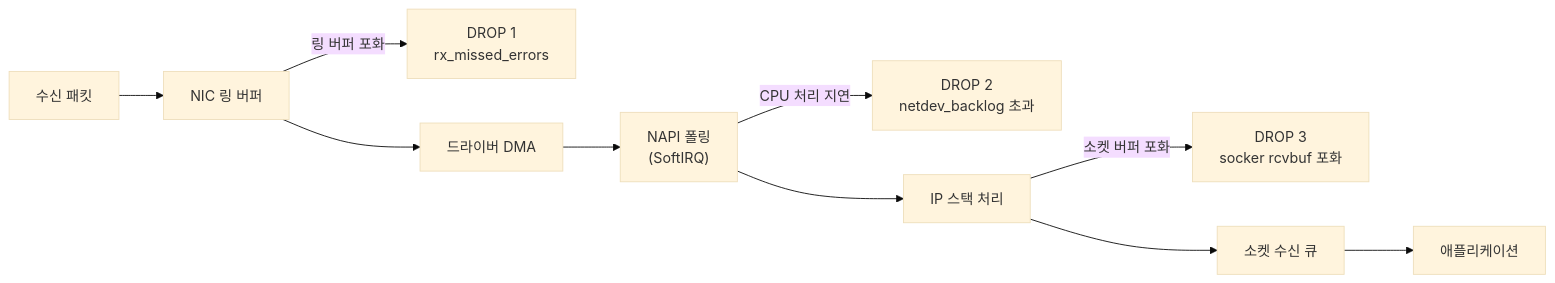
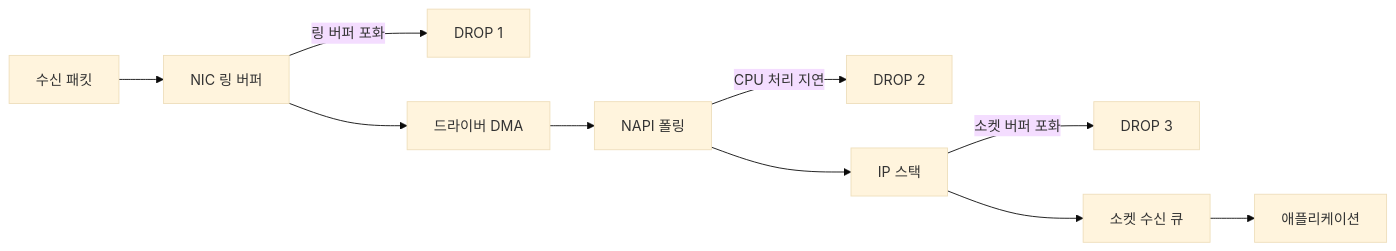
The seventh of 7 diagrams in content/linux/performance/network-performance.md (moonblueblue/devops-wiki), drawn with Mermaid (base theme) before and after one commit. The commit also changed other lines of this file and 12 other files, not shown here.

First line of the commit message:
style: linux 섹션 전체 ASCII art 제거 및 Mermaid 규칙 적용

````diff
--- a/content/linux/performance/network-performance.md
+++ b/content/linux/performance/network-performance.md
@@ -923,12 +942,12 @@
 ```mermaid
 flowchart LR
     PKT["수신 패킷"] --> NIC["NIC 링 버퍼"]
-    NIC -->|링 버퍼 포화| D1["DROP 1\nrx_missed_errors"]
+    NIC -->|링 버퍼 포화| D1["DROP 1"]
     NIC --> DRIVER["드라이버 DMA"]
-    DRIVER --> NAPI["NAPI 폴링\n(SoftIRQ)"]
-    NAPI -->|CPU 처리 지연| D2["DROP 2\nnetdev_backlog 초과"]
-    NAPI --> IPSTACK["IP 스택 처리"]
-    IPSTACK -->|소켓 버퍼 포화| D3["DROP 3\nsocker rcvbuf 포화"]
+    DRIVER --> NAPI["NAPI 폴링"]
+    NAPI -->|CPU 처리 지연| D2["DROP 2"]
+    NAPI --> IPSTACK["IP 스택"]
+    IPSTACK -->|소켓 버퍼 포화| D3["DROP 3"]
     IPSTACK --> SOCKET["소켓 수신 큐"]
     SOCKET --> APP["애플리케이션"]
 ```
````
